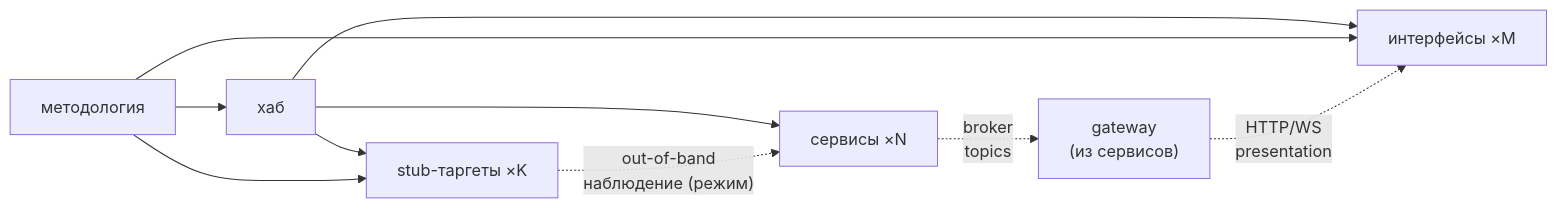
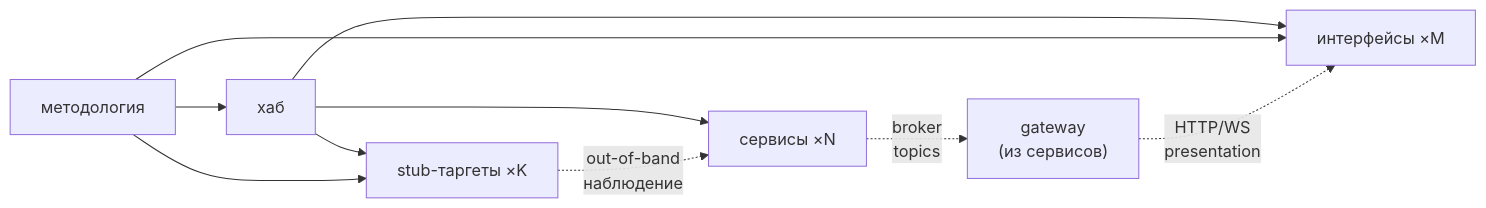
Before and after one commit to TheCipherKeeper/ai-project-template: the diagram in docs/refs/TOPOLOGY.md, drawn with Mermaid. The commit also changed other lines of this file and 7 other files, not shown here.

````diff
--- a/docs/refs/TOPOLOGY.md
+++ b/docs/refs/TOPOLOGY.md
@@ -68,12 +65,12 @@
 ```mermaid
 graph LR
   M["методология"] --> H["хаб"]
   H --> S["сервисы ×N"]
   H --> I["интерфейсы ×M"]
   H --> T["stub-таргеты ×K"]
   M --> I
   M --> T
   S -. "broker<br/>topics" .-> G["gateway<br/>(из сервисов)"]
   G -. "HTTP/WS<br/>presentation" .-> I
-  T -. "out-of-band<br/>наблюдение (режим)" .-> S
+  T -. "out-of-band<br/>наблюдение" .-> S
 ```
````
